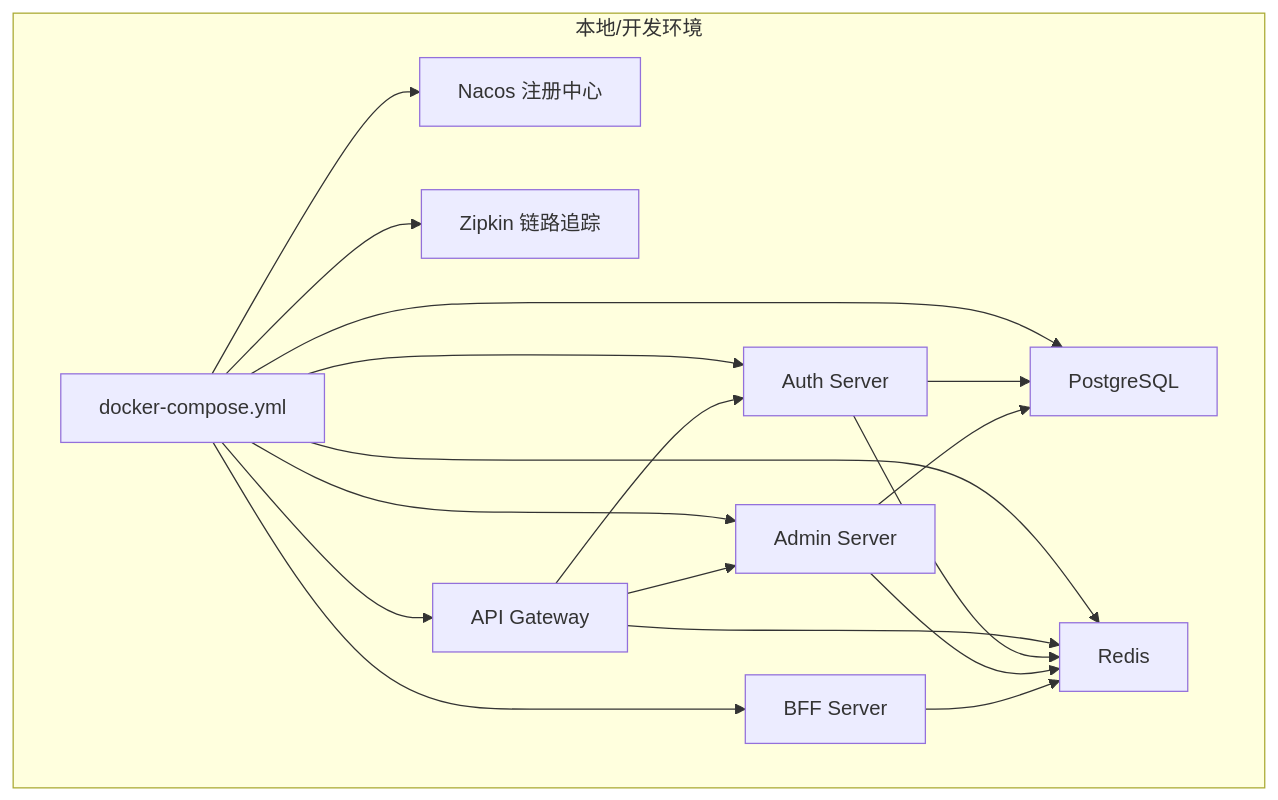
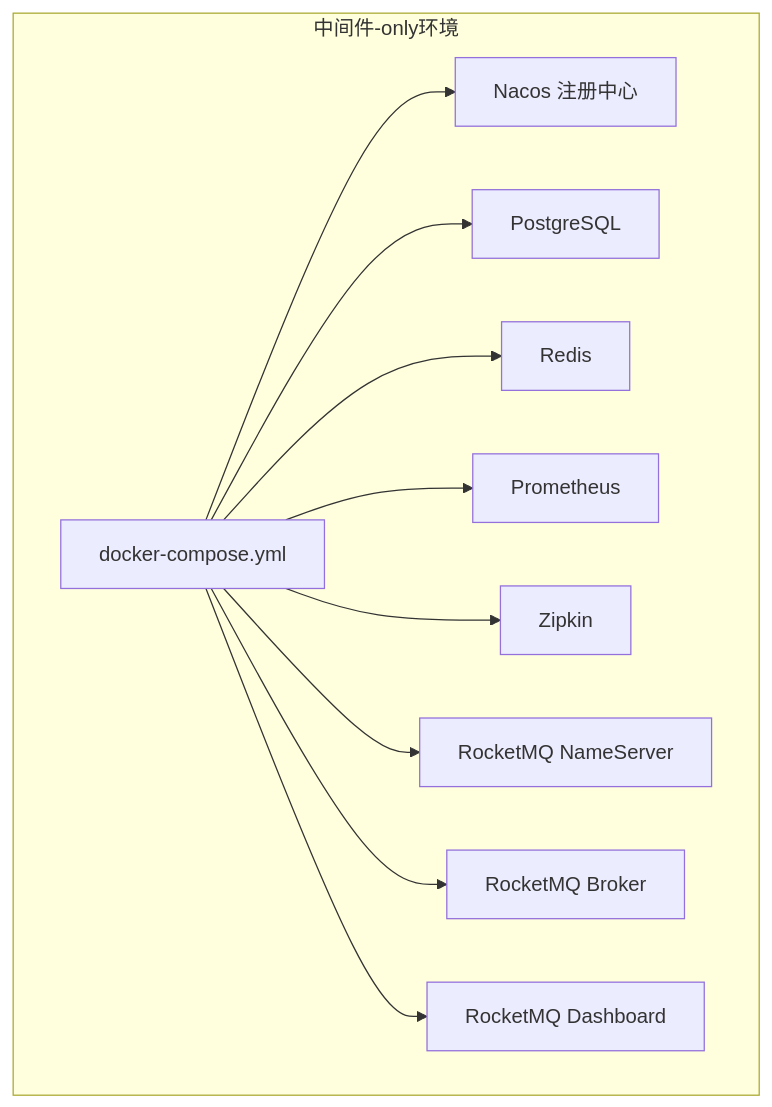
The first of 4 diagrams in .qoder/repowiki/zh/content/部署运维/部署运维.md (fq0121104930716/iam-platform), drawn with Mermaid before and after one commit. The commit also changed other lines of this file and 50 other files, not shown here.

````diff
--- a/.qoder/repowiki/zh/content/部署运维/部署运维.md
+++ b/.qoder/repowiki/zh/content/部署运维/部署运维.md
@@ -41,30 +47,22 @@
 ```mermaid
 graph TB
-subgraph "本地/开发环境"
+subgraph "中间件-only环境"
 DC["docker-compose.yml"]
 NACOS["Nacos 注册中心"]
 PG["PostgreSQL"]
 RDS["Redis"]
-ZK["Zipkin 链路追踪"]
-GW["API Gateway"]
-AUTH["Auth Server"]
-ADMIN["Admin Server"]
-BFF["BFF Server"]
+PROM["Prometheus"]
+ZIP["Zipkin"]
+RMQ_NS["RocketMQ NameServer"]
+RMQ_BROKER["RocketMQ Broker"]
+RMQ_DASHBOARD["RocketMQ Dashboard"]
 end
 DC --> NACOS
 DC --> PG
 DC --> RDS
-DC --> ZK
-DC --> GW
-DC --> AUTH
-DC --> ADMIN
-DC --> BFF
-GW --> AUTH
-GW --> ADMIN
-AUTH --> PG
-ADMIN --> PG
-GW --> RDS
-AUTH --> RDS
-ADMIN --> RDS
-BFF --> RDS
+DC --> PROM
+DC --> ZIP
+DC --> RMQ_NS
+DC --> RMQ_BROKER
+DC --> RMQ_DASHBOARD
 ```
````
